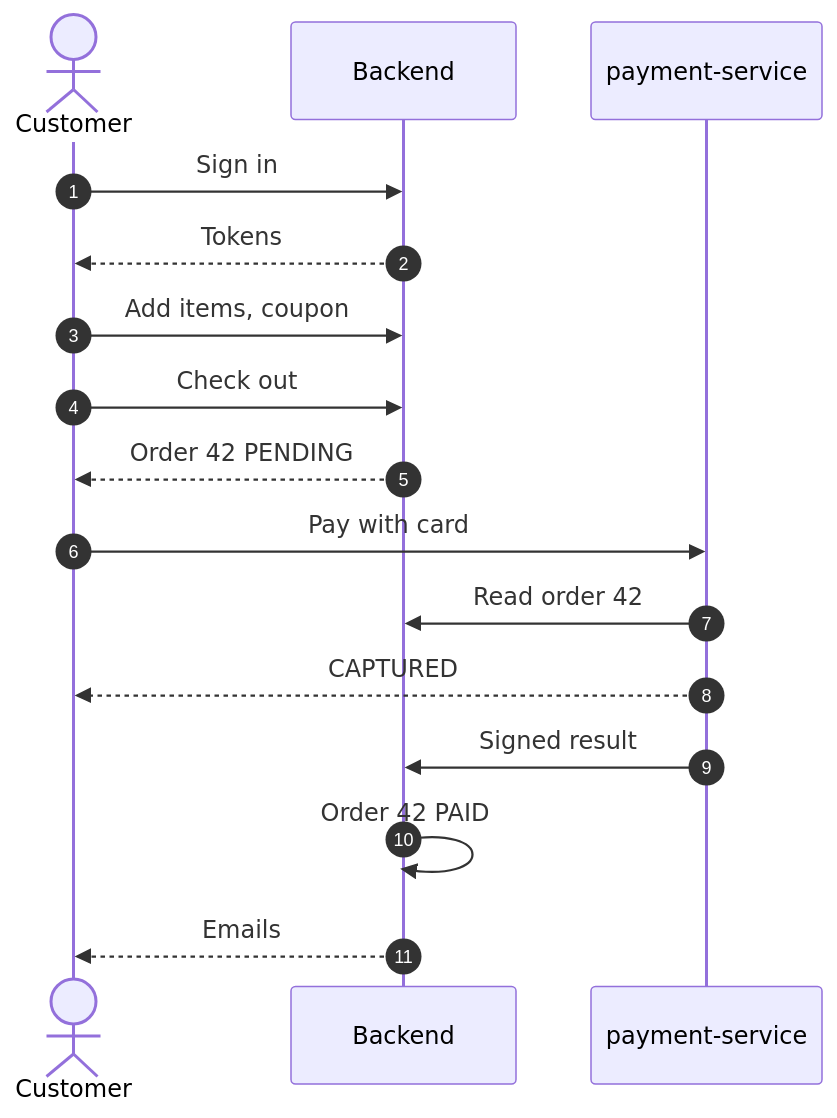
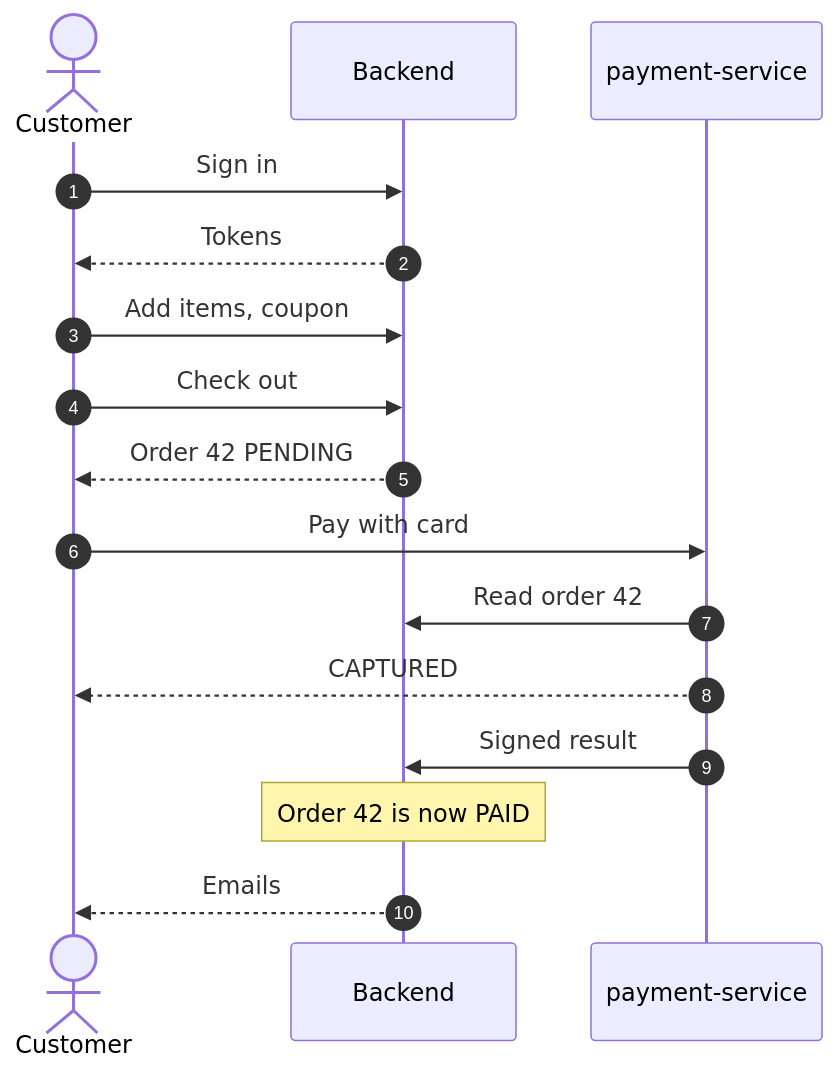
The first of 3 diagrams in docs-site/docs/flows/index.md (slawekradzyminski/awesome-localstack), drawn with Mermaid before and after one commit. The commit also changed other lines of this file and 19 other files, not shown here.

First line of the commit message:
Review every wiki diagram by eye and redraw the unclear ones

````diff
--- a/docs-site/docs/flows/index.md
+++ b/docs-site/docs/flows/index.md
@@ -30,18 +30,18 @@
 ```mermaid
 sequenceDiagram
     autonumber
     actor C as Customer
     participant B as Backend
     participant P as payment-service
     C->>B: Sign in
     B-->>C: Tokens
     C->>B: Add items, coupon
     C->>B: Check out
     B-->>C: Order 42 PENDING
     C->>P: Pay with card
     P->>B: Read order 42
     P-->>C: CAPTURED
     P->>B: Signed result
-    B->>B: Order 42 PAID
+    Note over B: Order 42 is now PAID
     B-->>C: Emails
 ```
````
